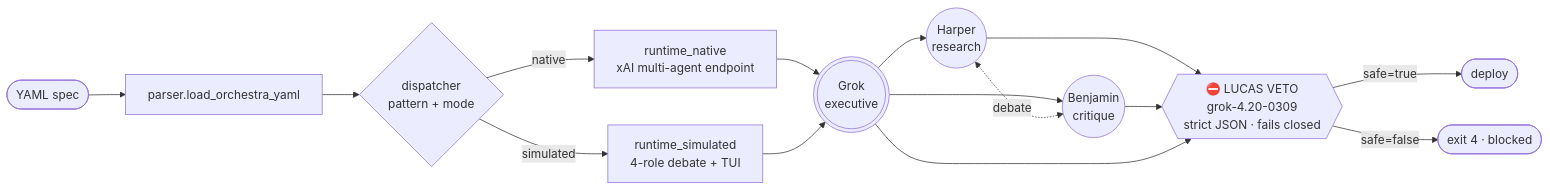
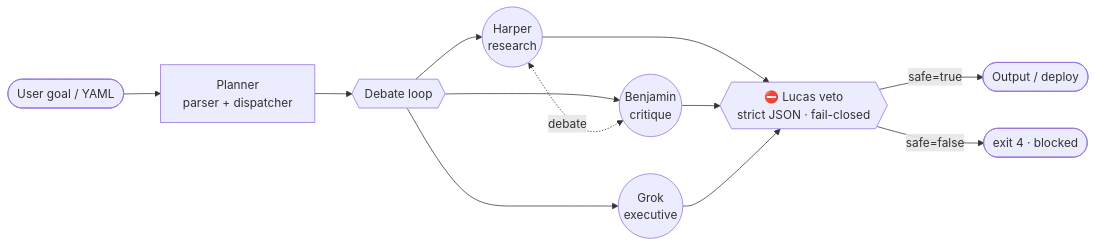
Before and after one commit to AgentMindCloud/grok-agent-orchestra: the diagram in README.md, drawn with Mermaid. The commit also changed other lines of this file and 3 other files, not shown here.

````diff
--- a/README.md
+++ b/README.md
@@ -81,18 +129,15 @@
 ```mermaid
 flowchart LR
-    YAML([YAML spec]) --> P[parser.load_orchestra_yaml]
-    P --> D{dispatcher<br/>pattern + mode}
-    D -->|native| RN[runtime_native<br/>xAI multi-agent endpoint]
-    D -->|simulated| RS[runtime_simulated<br/>4-role debate + TUI]
-    RN --> GROK(((Grok<br/>executive)))
-    RS --> GROK
-    GROK --> HARPER((Harper<br/>research))
-    GROK --> BENJ((Benjamin<br/>critique))
-    HARPER <-.debate.-> BENJ
-    HARPER --> LUCAS
-    BENJ --> LUCAS
-    GROK --> LUCAS
-    LUCAS{{"⛔ LUCAS VETO<br/>grok-4.20-0309<br/>strict JSON · fails closed"}}
-    LUCAS -->|safe=true| DEPLOY([deploy])
-    LUCAS -->|safe=false| BLOCK([exit 4 · blocked])
+    G([User goal / YAML]) --> P[Planner<br/>parser + dispatcher]
+    P --> D{{Debate loop}}
+    D --> H((Harper<br/>research))
+    D --> B((Benjamin<br/>critique))
+    D --> X((Grok<br/>executive))
+    H <-.debate.-> B
+    H --> L
+    B --> L
+    X --> L
+    L{{⛔ Lucas veto<br/>strict JSON · fail-closed}}
+    L -->|safe=true| O([Output / deploy])
+    L -->|safe=false| K([exit 4 · blocked])
 ```
````
